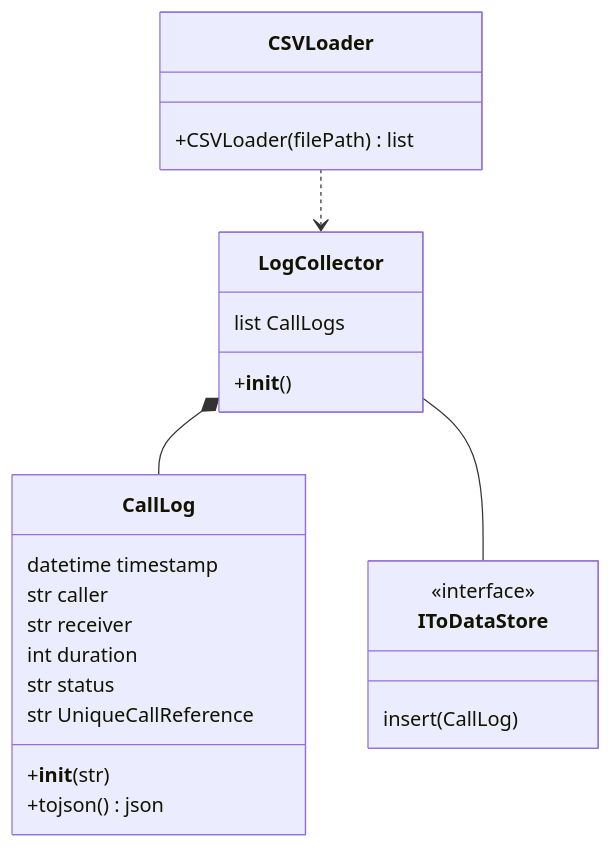
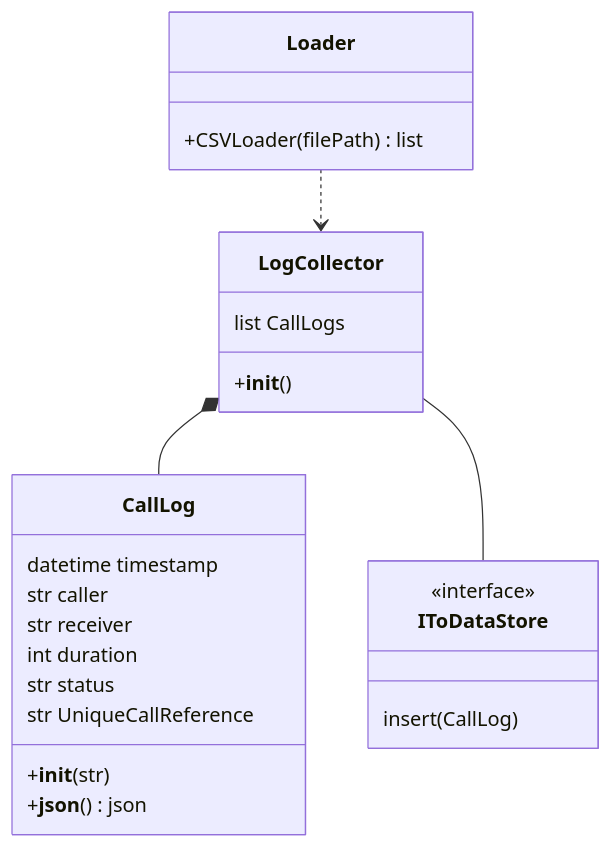
The first of 2 diagrams in docs/drs.md (Davide-OttoneCasagrande/Call-Log-Handler), drawn with Mermaid before and after one commit. The commit also changed other lines of this file, not shown here.

```diff
--- a/docs/drs.md
+++ b/docs/drs.md
@@ -90,31 +90,31 @@
 ::: mermaid
 classDiagram
-    CSVLoader ..> LogCollector
+    Loader ..> LogCollector
     LogCollector *-- CallLog
     LogCollector -- IToDataStore
 
-    class CSVLoader {
+    class Loader {
         +CSVLoader(filePath) list
     }
 
     class LogCollector {
         list CallLogs 
         +__init__()
     }
 
     class CallLog {
         datetime timestamp
         str caller
         str receiver
         int duration
         str status
         str UniqueCallReference
         +__init__(str)
-        +tojson() json
+        +__json__() json
     }
 
     class IToDataStore
     <<interface>> IToDataStore
     IToDataStore : insert(CallLog)
     
 :::
```
